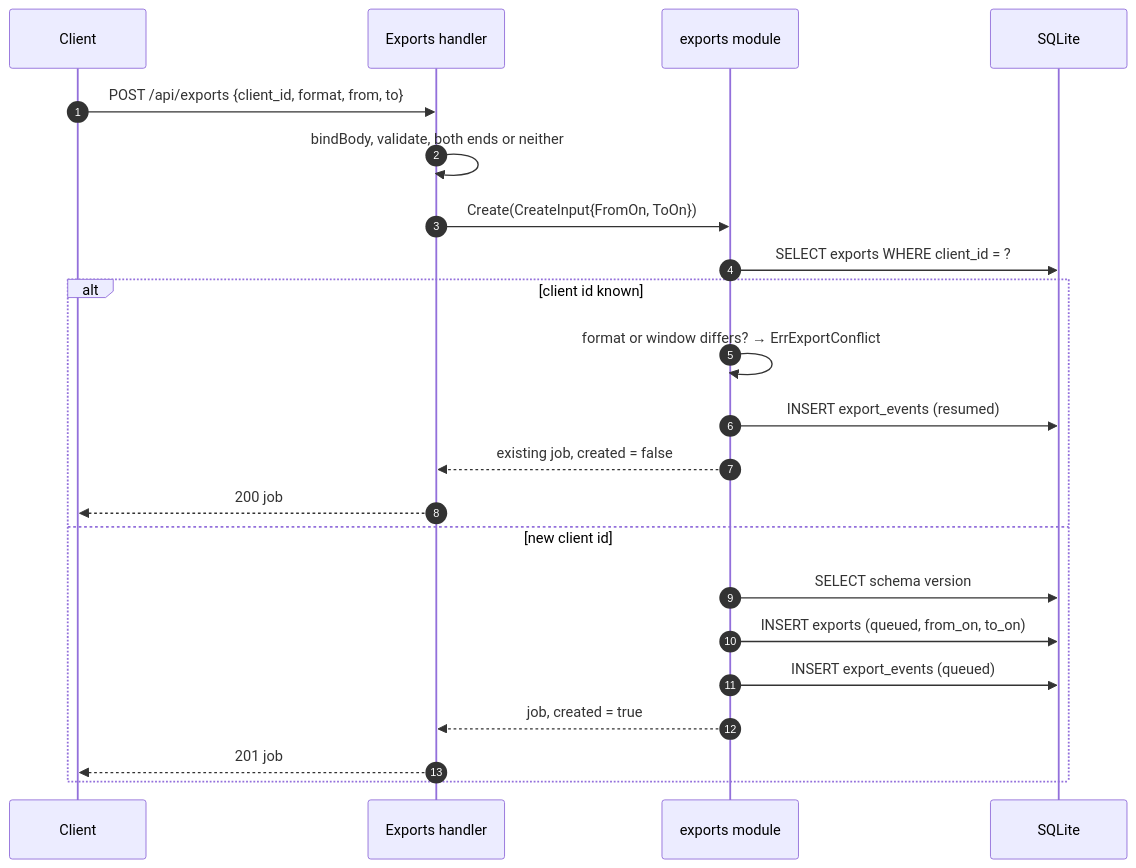
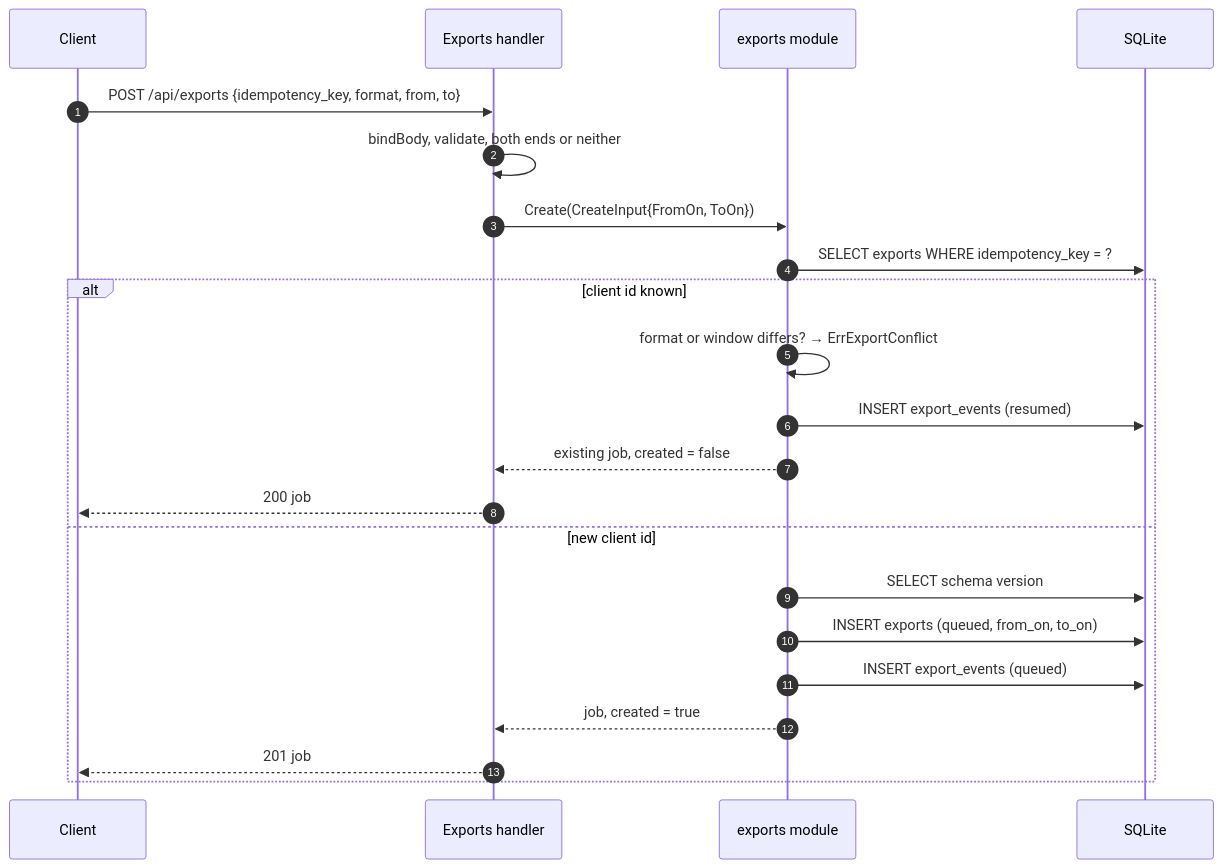
The diagram in docs/endpoints/POST_api_exports.md (dimasbaguspm/spenicle), drawn with Mermaid before and after one commit. The commit also changed other lines of this file and 127 other files, not shown here.

Commit message:
refactor(api)!: rename client_id to idempotency_key

````diff
--- a/docs/endpoints/POST_api_exports.md
+++ b/docs/endpoints/POST_api_exports.md
@@ -75,24 +75,24 @@
 ```mermaid
 sequenceDiagram
     autonumber
     participant C as Client
     participant H as Exports handler
     participant M as exports module
     participant DB as SQLite
-    C->>H: POST /api/exports {client_id, format, from, to}
+    C->>H: POST /api/exports {idempotency_key, format, from, to}
     H->>H: bindBody, validate, both ends or neither
     H->>M: Create(CreateInput{FromOn, ToOn})
-    M->>DB: SELECT exports WHERE client_id = ?
+    M->>DB: SELECT exports WHERE idempotency_key = ?
     alt client id known
         M->>M: format or window differs? → ErrExportConflict
         M->>DB: INSERT export_events (resumed)
         M-->>H: existing job, created = false
         H-->>C: 200 job
     else new client id
         M->>DB: SELECT schema version
         M->>DB: INSERT exports (queued, from_on, to_on)
         M->>DB: INSERT export_events (queued)
         M-->>H: job, created = true
         H-->>C: 201 job
     end
 ```
````
